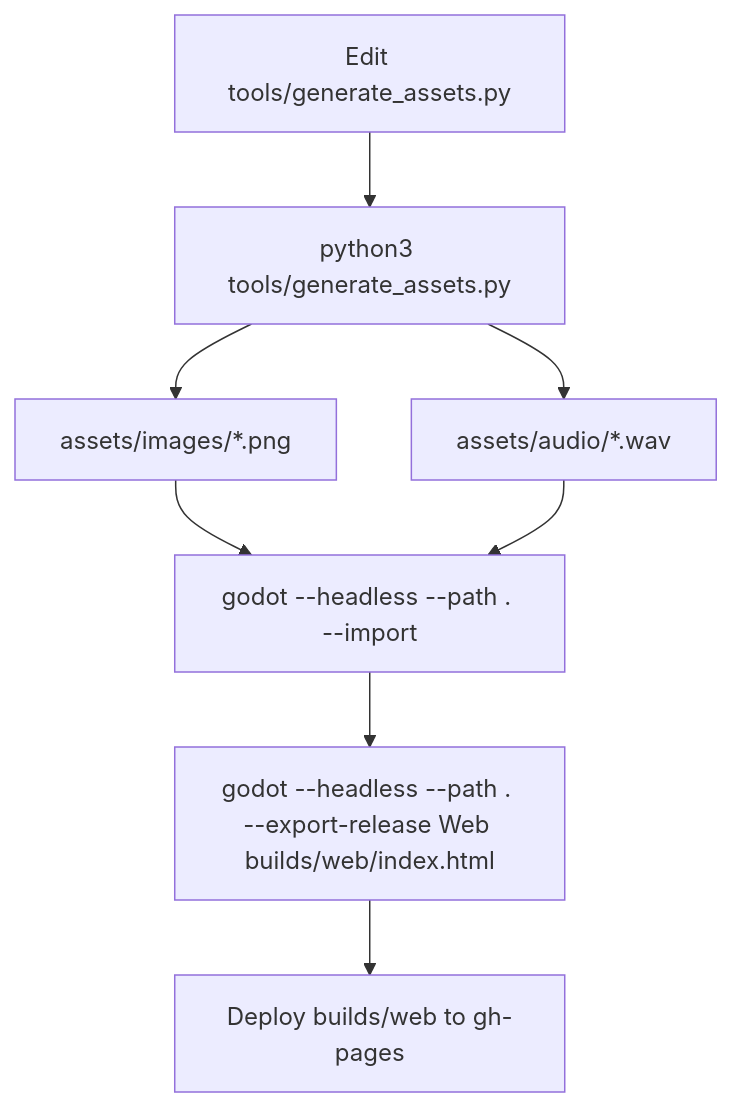
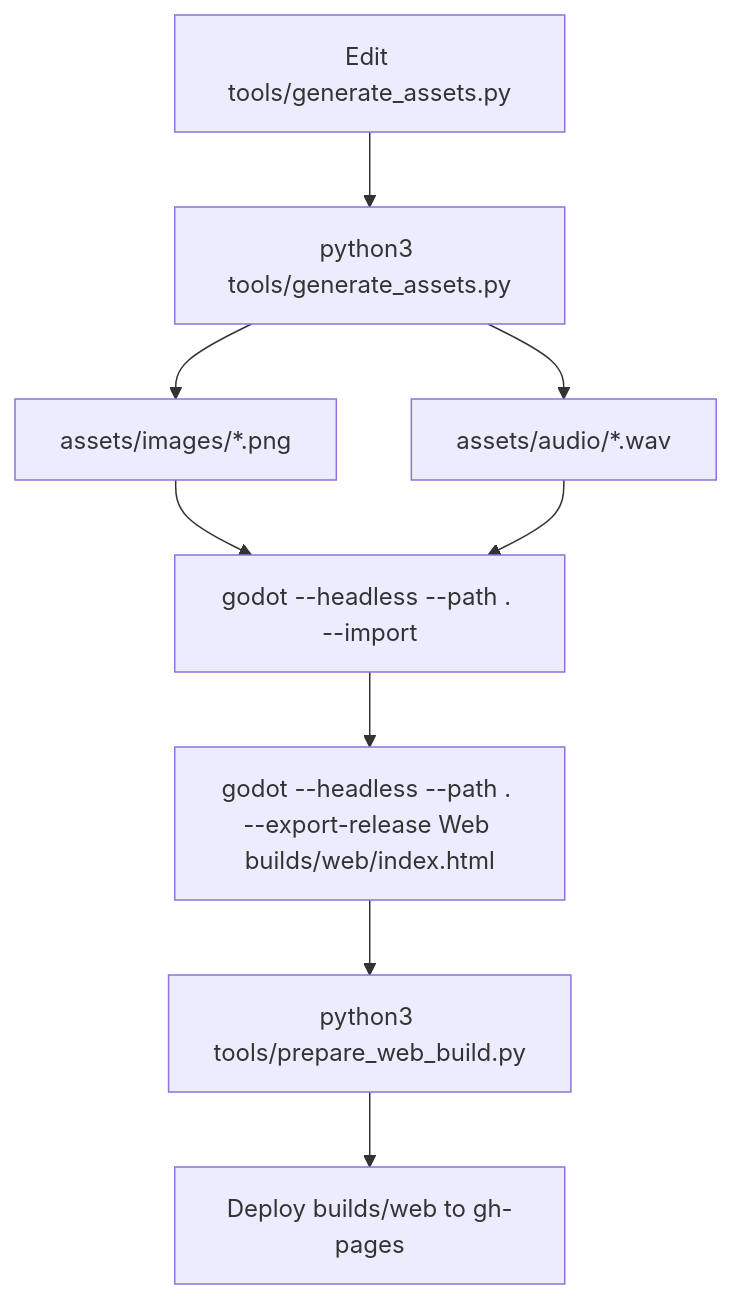
One commit to ljhljh0703-cmd/backroom-level-0-godot changed the fifth of 5 diagrams in docs/CODEGRAPH.md. Above: the diagram before and after it, drawn with Mermaid. The commit also changed other lines of this file and 3 other files, not shown here.

````diff
--- a/docs/CODEGRAPH.md
+++ b/docs/CODEGRAPH.md
@@ -162,10 +163,11 @@
 ```mermaid
 flowchart TD
     edit["Edit tools/generate_assets.py"] --> gen["python3 tools/generate_assets.py"]
     gen --> png["assets/images/*.png"]
     gen --> wav["assets/audio/*.wav"]
     png --> import["godot --headless --path . --import"]
     wav --> import
     import --> export["godot --headless --path . --export-release Web builds/web/index.html"]
-    export --> pages["Deploy builds/web to gh-pages"]
+    export --> prepare["python3 tools/prepare_web_build.py"]
+    prepare --> pages["Deploy builds/web to gh-pages"]
 ```
````
